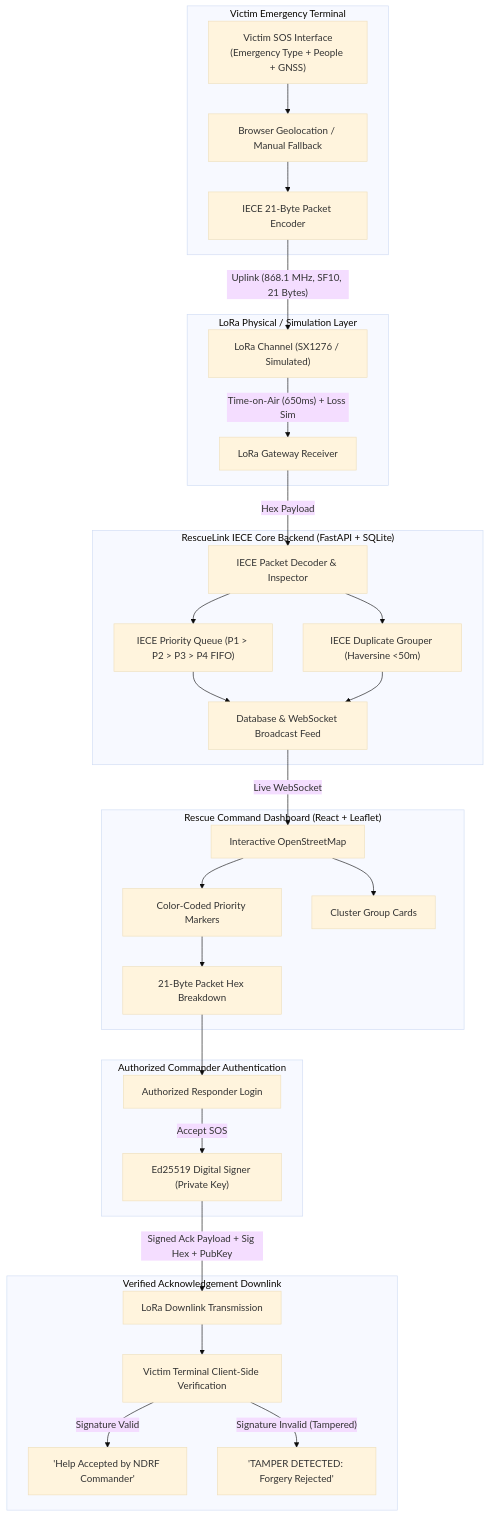
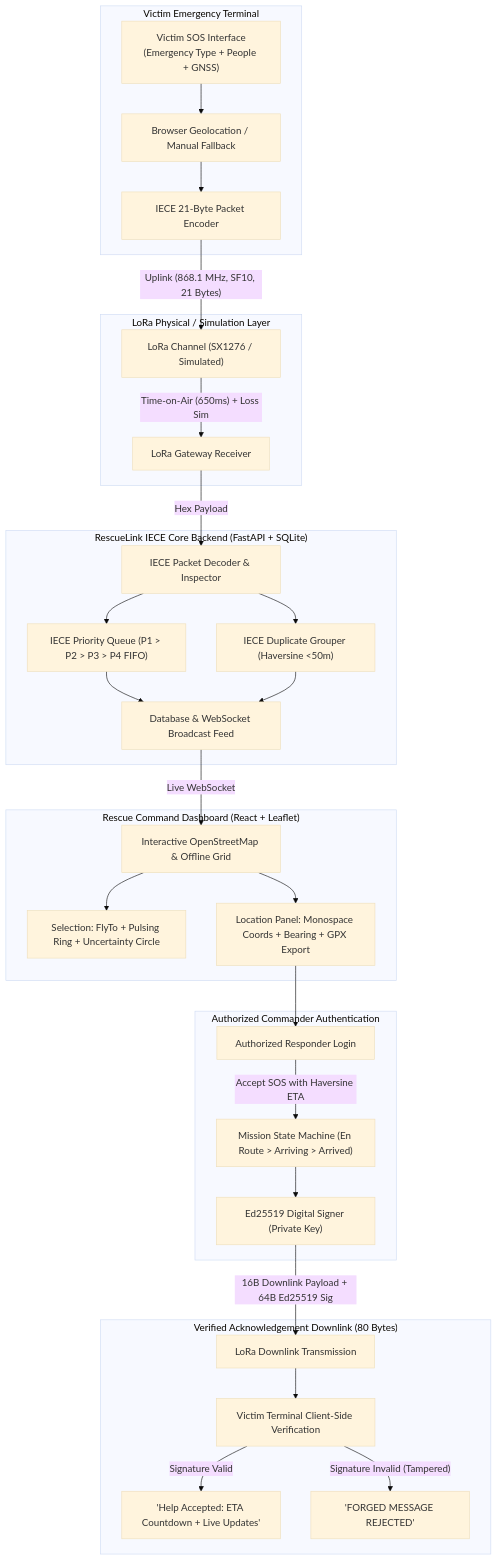
Before and after one commit to DS0044/RescueLink: the diagram in README.md, drawn with Mermaid (base theme). The commit also changed other lines of this file, not shown here.

Commit message:
docs: document location selection, uncertainty circles, vector bearing, and mission lifecycle in README

````diff
--- a/README.md
+++ b/README.md
@@ -27,39 +38,39 @@
 ```mermaid
 flowchart TD
     subgraph Victim["Victim Emergency Terminal"]
         V1["Victim SOS Interface<br/>(Emergency Type + People + GNSS)"] --> V2["Browser Geolocation / Manual Fallback"]
         V2 --> V3["IECE 21-Byte Packet Encoder"]
     end
 
     subgraph Channel["LoRa Physical / Simulation Layer"]
         V3 -->|"Uplink (868.1 MHz, SF10, 21 Bytes)"| L1["LoRa Channel (SX1276 / Simulated)"]
         L1 -->|"Time-on-Air (650ms) + Loss Sim"| G1["LoRa Gateway Receiver"]
     end
 
     subgraph Backend["RescueLink IECE Core Backend (FastAPI + SQLite)"]
         G1 -->|"Hex Payload"| B1["IECE Packet Decoder & Inspector"]
         B1 --> B2["IECE Priority Queue (P1 > P2 > P3 > P4 FIFO)"]
         B1 --> B3["IECE Duplicate Grouper (Haversine <50m)"]
         B2 --> B4["Database & WebSocket Broadcast Feed"]
         B3 --> B4
     end
 
     subgraph Dashboard["Rescue Command Dashboard (React + Leaflet)"]
-        B4 -->|"Live WebSocket"| D1["Interactive OpenStreetMap"]
-        D1 --> D2["Color-Coded Priority Markers"]
-        D1 --> D3["Cluster Group Cards"]
-        D2 --> D4["21-Byte Packet Hex Breakdown"]
+        B4 -->|"Live WebSocket"| D1["Interactive OpenStreetMap & Offline Grid"]
+        D1 --> D2["Selection: FlyTo + Pulsing Ring + Uncertainty Circle"]
+        D1 --> D3["Location Panel: Monospace Coords + Bearing + GPX Export"]
     end
 
     subgraph Responder["Authorized Commander Authentication"]
-        D4 --> R1["Authorized Responder Login"]
-        R1 -->|"Accept SOS"| R2["Ed25519 Digital Signer (Private Key)"]
+        D3 --> R1["Authorized Responder Login"]
+        R1 -->|"Accept SOS with Haversine ETA"| R2["Mission State Machine (En Route > Arriving > Arrived)"]
+        R2 --> R3["Ed25519 Digital Signer (Private Key)"]
     end
 
-    subgraph Downlink["Verified Acknowledgement Downlink"]
-        R2 -->|"Signed Ack Payload + Sig Hex + PubKey"| L2["LoRa Downlink Transmission"]
+    subgraph Downlink["Verified Acknowledgement Downlink (80 Bytes)"]
+        R3 -->|"16B Downlink Payload + 64B Ed25519 Sig"| L2["LoRa Downlink Transmission"]
         L2 --> V4["Victim Terminal Client-Side Verification"]
-        V4 -->|"Signature Valid"| V5["'Help Accepted by NDRF Commander'"]
-        V4 -->|"Signature Invalid (Tampered)"| V6["'TAMPER DETECTED: Forgery Rejected'"]
+        V4 -->|"Signature Valid"| V5["'Help Accepted: ETA Countdown + Live Updates'"]
+        V4 -->|"Signature Invalid (Tampered)"| V6["'FORGED MESSAGE REJECTED'"]
     end
 ```
````
